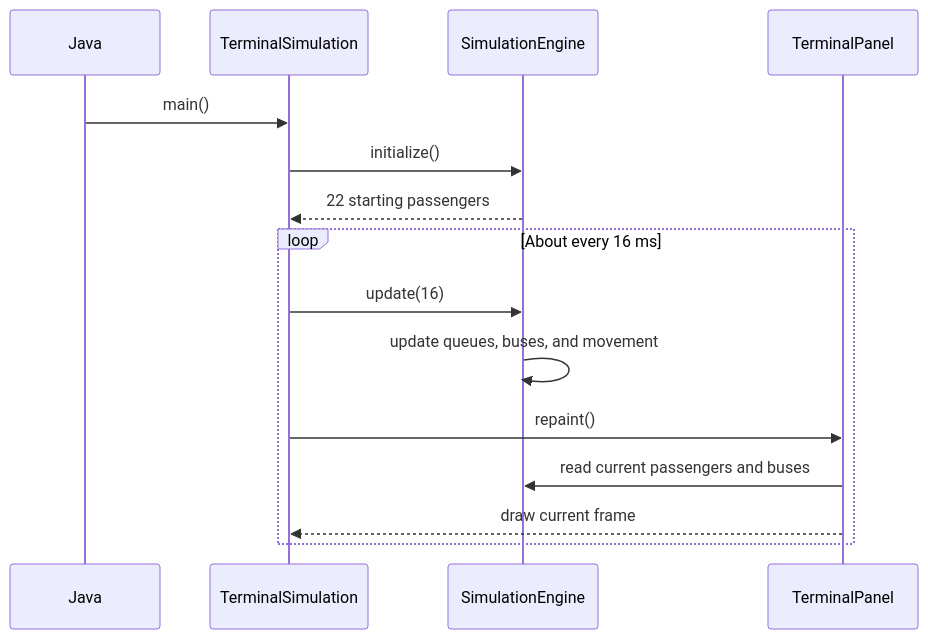
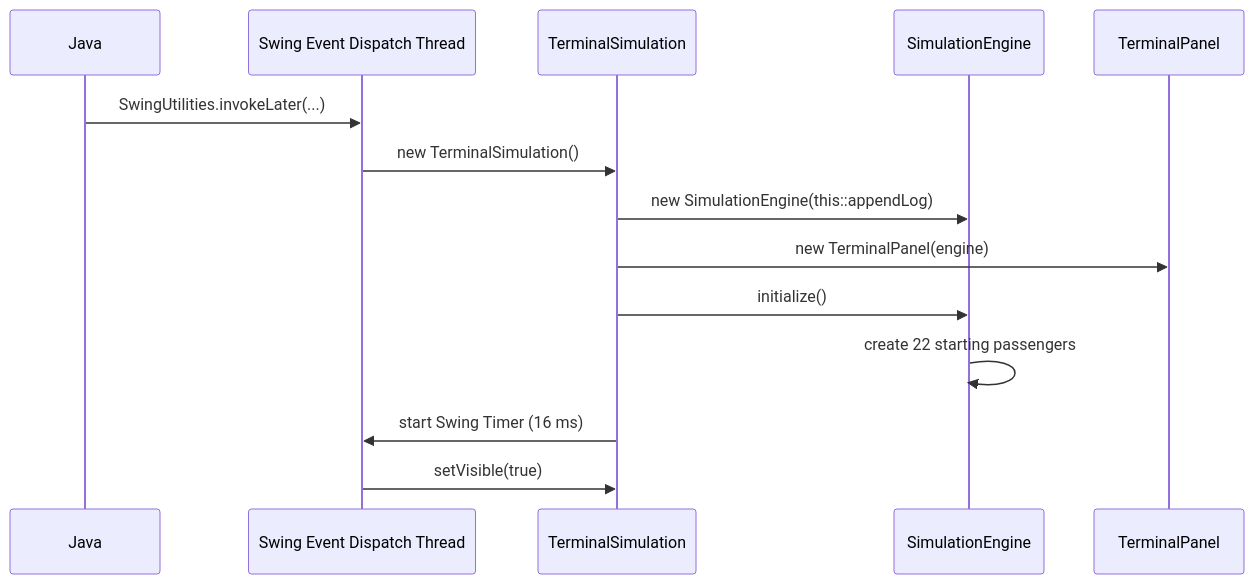
One commit to PixelAlien0/Terminal-Simulation changed the first of 3 diagrams in STUDY_GUIDE.md. Above: the diagram before and after it, drawn with Mermaid. The commit also changed other lines of this file and 1 other file, not shown here.

````diff
--- a/STUDY_GUIDE.md
+++ b/STUDY_GUIDE.md
@@ -162,18 +71,17 @@
 ```mermaid
 sequenceDiagram
     participant Java
+    participant EDT as Swing Event Dispatch Thread
     participant Window as TerminalSimulation
     participant Engine as SimulationEngine
-    participant View as TerminalPanel
+    participant Panel as TerminalPanel
 
-    Java->>Window: main()
+    Java->>EDT: SwingUtilities.invokeLater(...)
+    EDT->>Window: new TerminalSimulation()
+    Window->>Engine: new SimulationEngine(this::appendLog)
+    Window->>Panel: new TerminalPanel(engine)
     Window->>Engine: initialize()
-    Engine-->>Window: 22 starting passengers
-    loop About every 16 ms
-        Window->>Engine: update(16)
-        Engine->>Engine: update queues, buses, and movement
-        Window->>View: repaint()
-        View->>Engine: read current passengers and buses
-        View-->>Window: draw current frame
-    end
+    Engine->>Engine: create 22 starting passengers
+    Window->>EDT: start Swing Timer (16 ms)
+    EDT->>Window: setVisible(true)
 ```
````
